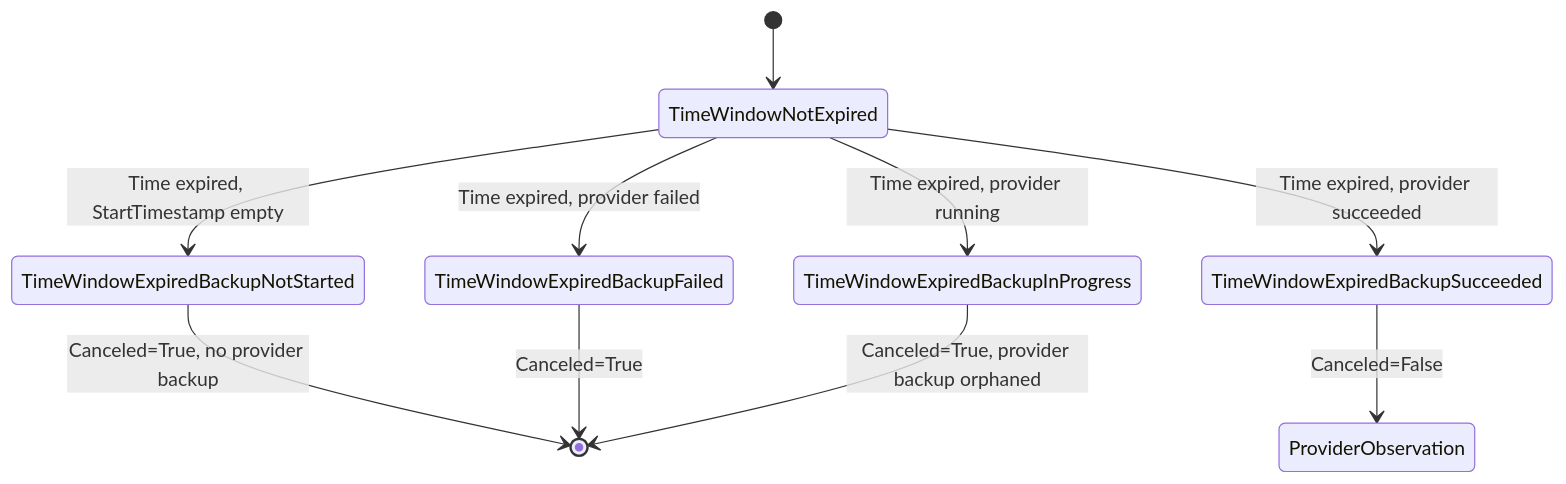
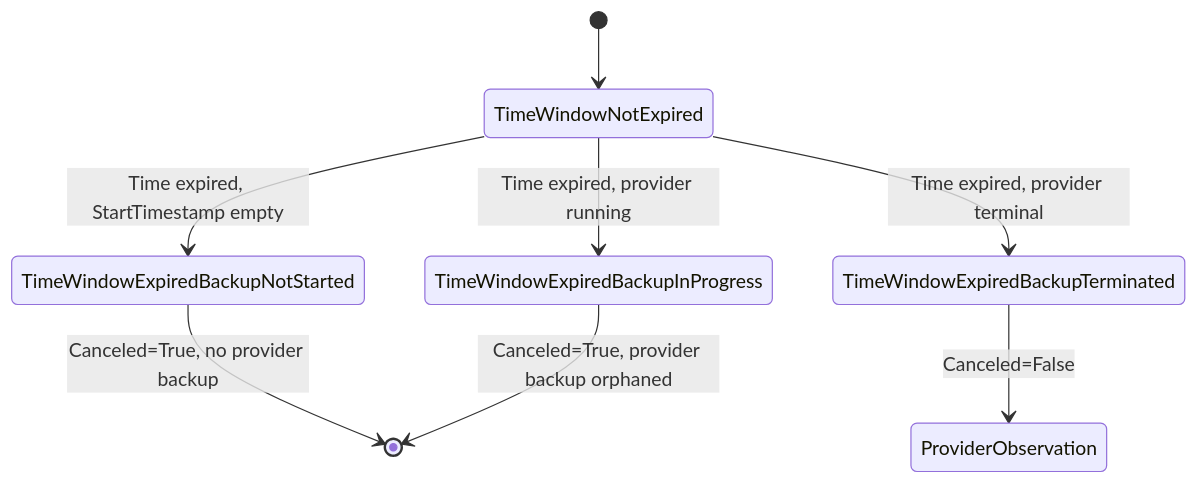
The second of 4 diagrams in docs/development/backup/backup_process_en.md (cloudogu/k8s-backup-operator), drawn with Mermaid before and after one commit. The commit also changed other lines of this file and 3 other files, not shown here.

````diff
--- a/docs/development/backup/backup_process_en.md
+++ b/docs/development/backup/backup_process_en.md
@@ -93,12 +93,10 @@
 ```mermaid
 stateDiagram-v2
     [*] --> TimeWindowNotExpired
     TimeWindowNotExpired --> TimeWindowExpiredBackupNotStarted: Time expired, StartTimestamp empty
     TimeWindowNotExpired --> TimeWindowExpiredBackupInProgress: Time expired, provider running
-    TimeWindowNotExpired --> TimeWindowExpiredBackupFailed: Time expired, provider failed
-    TimeWindowNotExpired --> TimeWindowExpiredBackupSucceeded: Time expired, provider succeeded
+    TimeWindowNotExpired --> TimeWindowExpiredBackupTerminated: Time expired, provider terminal
     TimeWindowExpiredBackupNotStarted --> [*]: Canceled=True, no provider backup
-    TimeWindowExpiredBackupFailed --> [*]: Canceled=True
     TimeWindowExpiredBackupInProgress --> [*]: Canceled=True, provider backup orphaned
-    TimeWindowExpiredBackupSucceeded --> ProviderObservation: Canceled=False
+    TimeWindowExpiredBackupTerminated --> ProviderObservation: Canceled=False
 ```
````
